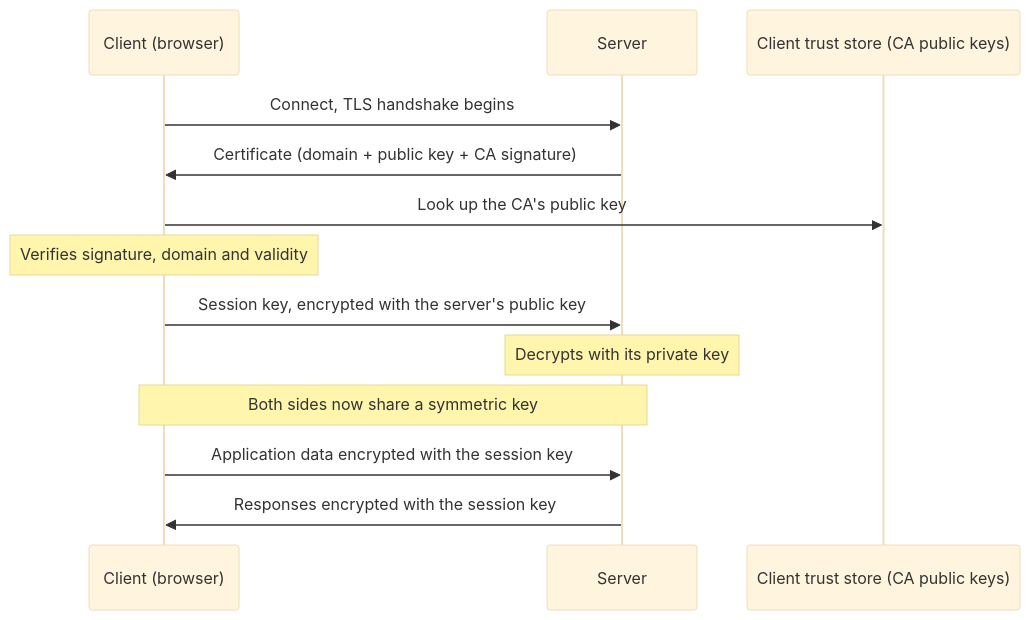
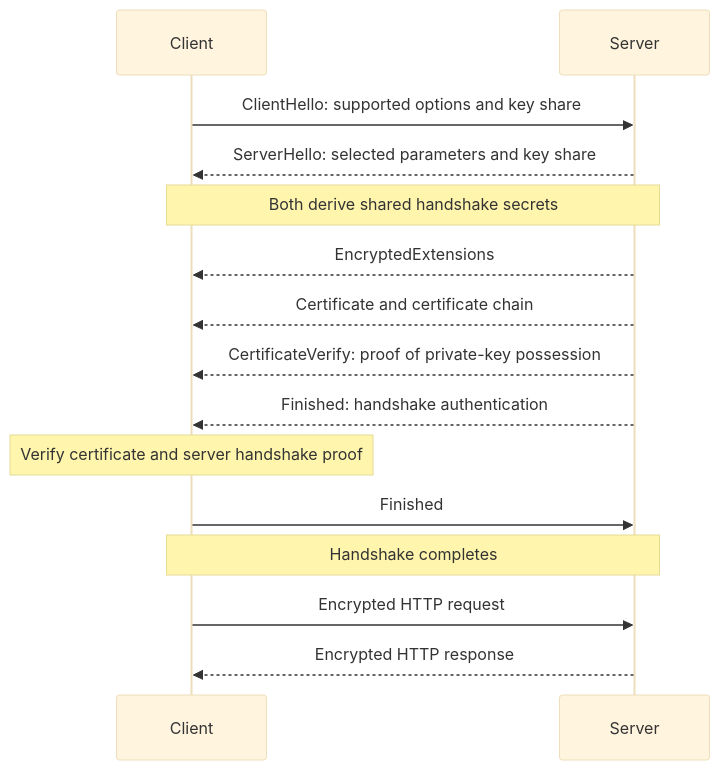
One commit to HARRISAMIN432/system-design-hld changed diagram 12 of 13 in 13_How_HTTPs_Works/README.md. Above: the diagram before and after it, drawn with Mermaid (base theme). The commit also changed other lines of this file and 11 other files, not shown here.

````diff
--- a/13_How_HTTPs_Works/README.md
+++ b/13_How_HTTPs_Works/README.md
@@ -284,15 +731,18 @@
 ```mermaid
 sequenceDiagram
-    participant C as Client (browser)
+    participant C as Client
     participant S as Server
-    participant T as Client trust store (CA public keys)
-    C->>S: Connect, TLS handshake begins
-    S->>C: Certificate (domain + public key + CA signature)
-    C->>T: Look up the CA's public key
-    Note over C: Verifies signature, domain and validity
-    C->>S: Session key, encrypted with the server's public key
-    Note over S: Decrypts with its private key
-    Note over C,S: Both sides now share a symmetric key
-    C->>S: Application data encrypted with the session key
-    S->>C: Responses encrypted with the session key
+
+    C->>S: ClientHello: supported options and key share
+    S-->>C: ServerHello: selected parameters and key share
+    Note over C,S: Both derive shared handshake secrets
+    S-->>C: EncryptedExtensions
+    S-->>C: Certificate and certificate chain
+    S-->>C: CertificateVerify: proof of private-key possession
+    S-->>C: Finished: handshake authentication
+    Note over C: Verify certificate and server handshake proof
+    C->>S: Finished
+    Note over C,S: Handshake completes
+    C->>S: Encrypted HTTP request
+    S-->>C: Encrypted HTTP response
 ```
````
